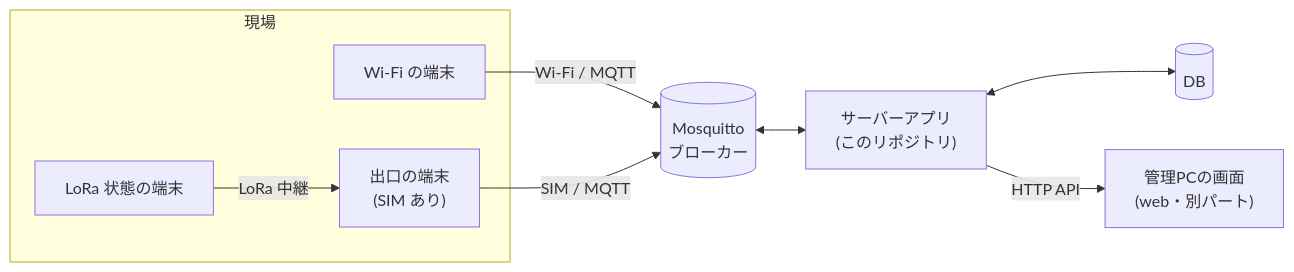
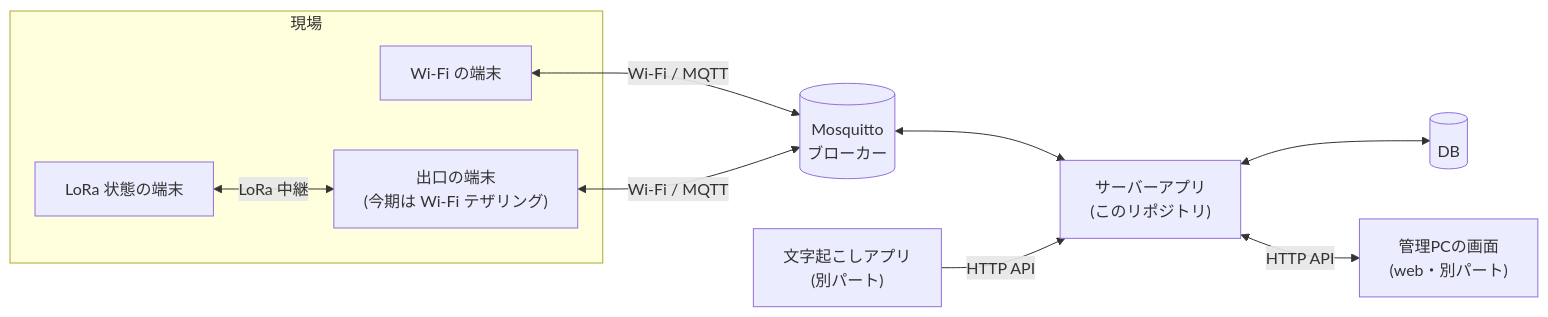
Before and after one commit to yuki20060410/Re-Ray_Server: the diagram in README.md, drawn with Mermaid. The commit also changed other lines of this file and 4 other files, not shown here.

````diff
--- a/README.md
+++ b/README.md
@@ -35,12 +38,13 @@
 ```mermaid
 flowchart LR
   subgraph field["現場"]
     W["Wi-Fi の端末"]
-    L["LoRa 状態の端末"] -- "LoRa 中継" --> GW["出口の端末<br/>(SIM あり)"]
+    L["LoRa 状態の端末"] <-- "LoRa 中継" --> GW["出口の端末<br/>(今期は Wi-Fi テザリング)"]
   end
-  W -- "Wi-Fi / MQTT" --> B[("Mosquitto<br/>ブローカー")]
-  GW -- "SIM / MQTT" --> B
+  W <-- "Wi-Fi / MQTT" --> B[("Mosquitto<br/>ブローカー")]
+  GW <-- "Wi-Fi / MQTT" --> B
   B <--> APP["サーバーアプリ<br/>(このリポジトリ)"]
   APP <--> DB[("DB")]
-  APP -- "HTTP API" --> UI["管理PCの画面<br/>(web・別パート)"]
+  APP <-- "HTTP API" --> UI["管理PCの画面<br/>(web・別パート)"]
+  TR["文字起こしアプリ<br/>(別パート)"] -- "HTTP API" --> APP
 ```
````
